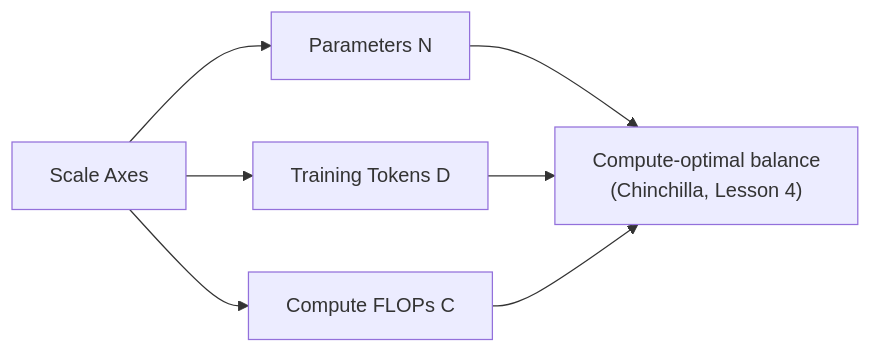
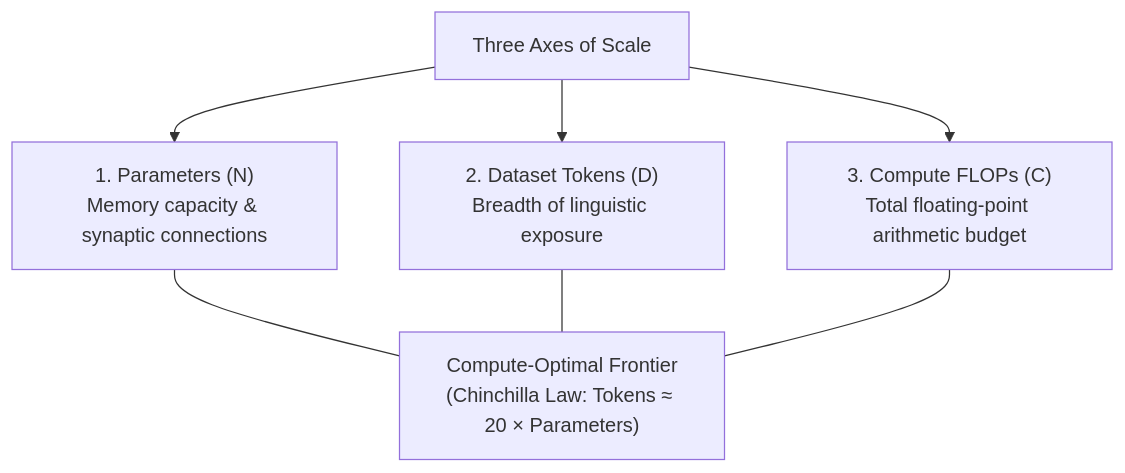
Before and after one commit to 1345AbhishekKumar/cs-cookbook: the first of 6 diagrams in content/docs/ai-agents/agentic-ai/03-moe-decoding-and-inference.mdx, drawn with Mermaid. The commit also changed other lines of this file and 299 other files, not shown here.

````diff
--- a/content/docs/ai-agents/agentic-ai/03-moe-decoding-and-inference.mdx
+++ b/content/docs/ai-agents/agentic-ai/03-moe-decoding-and-inference.mdx
@@ -28,9 +38,10 @@
 ```mermaid
-flowchart LR
-    Scale["Scale Axes"] --> N["Parameters N"]
-    Scale --> D["Training Tokens D"]
-    Scale --> C["Compute FLOPs C"]
-    N --> Opt["Compute-optimal balance<br/>(Chinchilla, Lesson 4)"]
-    D --> Opt
-    C --> Opt
+flowchart TD
+    Scale["Three Axes of Scale"] --> N["1. Parameters (N)<br/>Memory capacity & synaptic connections"]
+    Scale --> D["2. Dataset Tokens (D)<br/>Breadth of linguistic exposure"]
+    Scale --> C["3. Compute FLOPs (C)<br/>Total floating-point arithmetic budget"]
+
+    N --- Chinchilla["Compute-Optimal Frontier<br/>(Chinchilla Law: Tokens ≈ 20 × Parameters)"]
+    D --- Chinchilla
+    C --- Chinchilla
 ```
````
